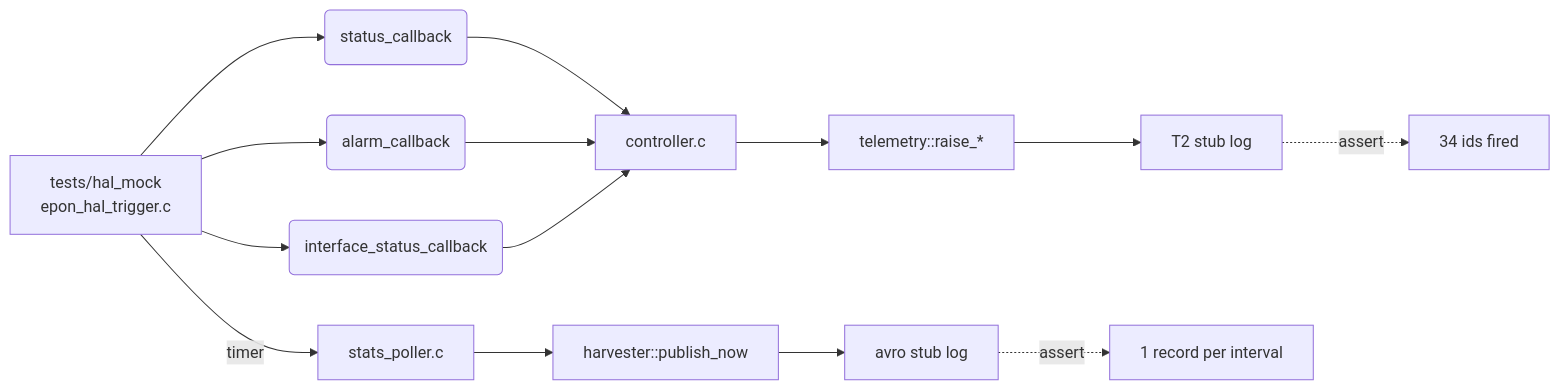
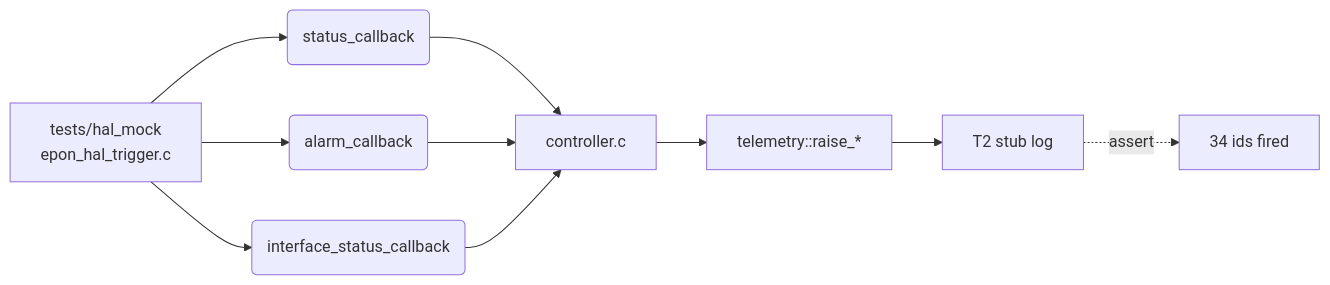
One commit to rdkcentral/epon-manager changed the sixth of 6 diagrams in design_docs/08_Telemetry_Design.md. Above: the diagram before and after it, drawn with Mermaid. The commit also changed other lines of this file and 16 other files, not shown here.

First line of the commit message:
telemetry: remove harvester (Avro report) from scope

````diff
--- a/design_docs/08_Telemetry_Design.md
+++ b/design_docs/08_Telemetry_Design.md
@@ -247,17 +157,13 @@
 ```mermaid
 flowchart LR
     HAL_MOCK[tests/hal_mock<br/>epon_hal_trigger.c] --> CB1(status_callback)
     HAL_MOCK --> CB2(alarm_callback)
     HAL_MOCK --> CB3(interface_status_callback)
     CB1 --> CTRL2[controller.c]
     CB2 --> CTRL2
     CB3 --> CTRL2
     CTRL2 --> TELE2[telemetry::raise_*]
     TELE2 --> T2STUB[T2 stub log]
-    HAL_MOCK -- timer --> SP2[stats_poller.c]
-    SP2 --> HARV2[harvester::publish_now]
-    HARV2 --> AVRO2[avro stub log]
 
     T2STUB -.assert.-> ASSERT[34 ids fired]
-    AVRO2  -.assert.-> ASSERT2[1 record per interval]
 ```
````
